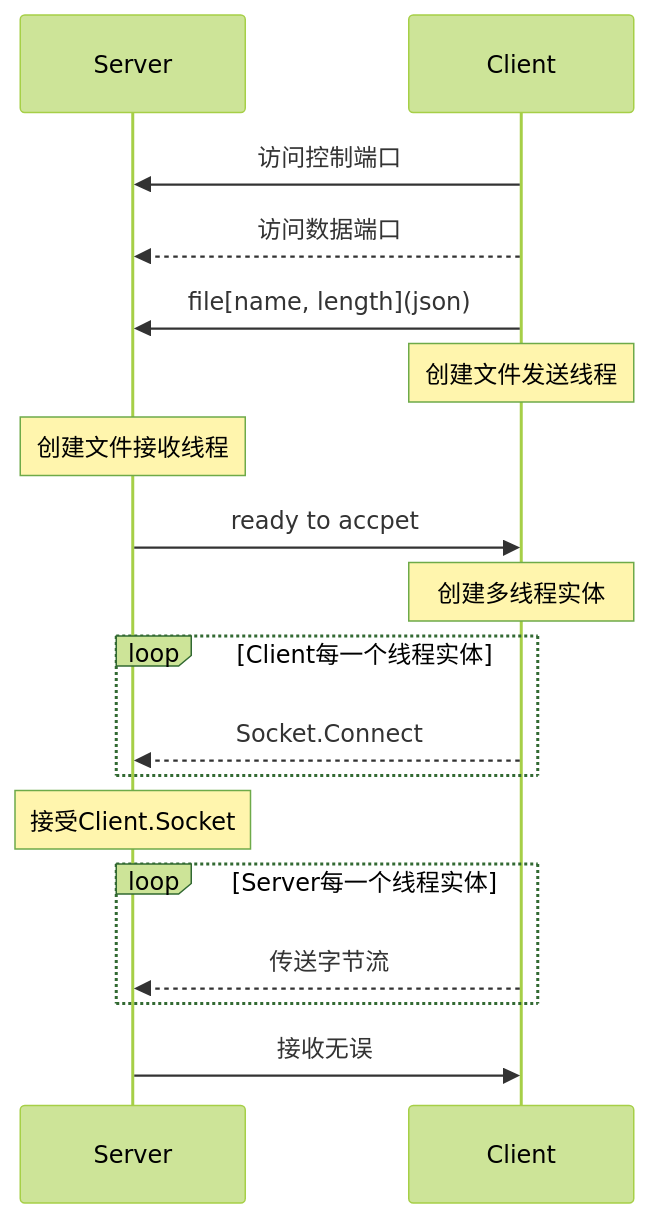
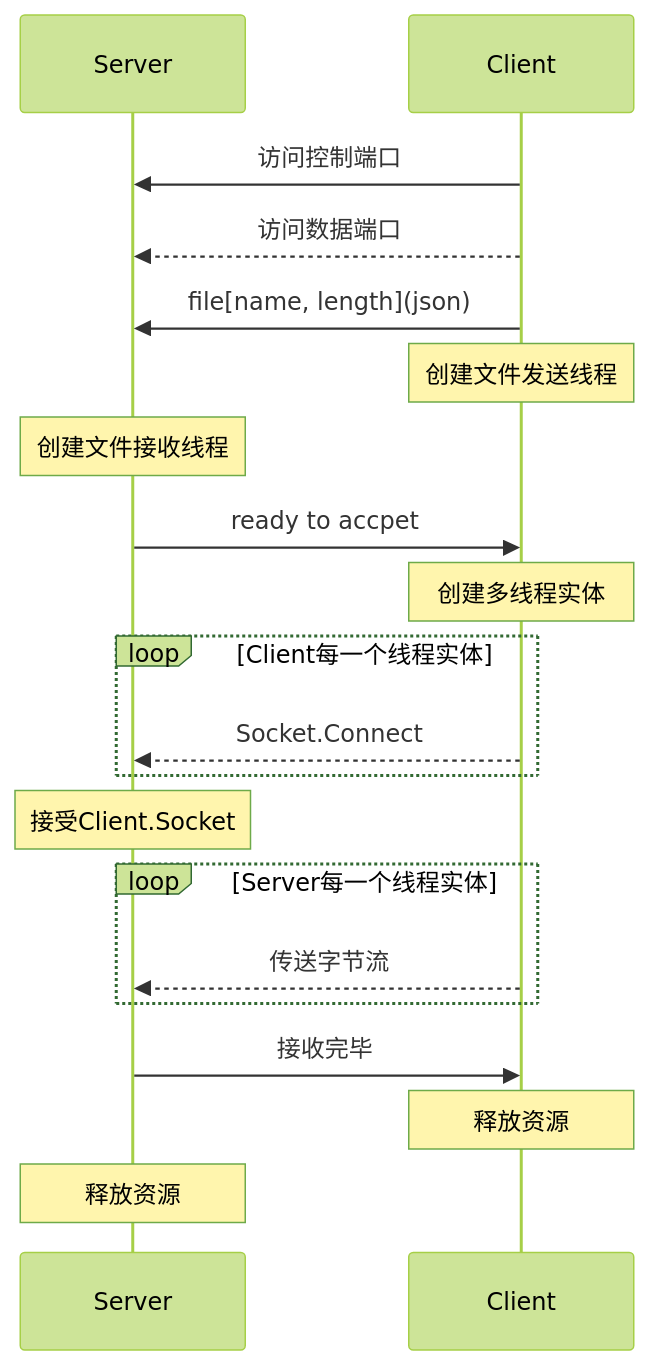
One commit to Hughsean/MultiThread-FileTransferr changed the diagram in README.MD. Above: the diagram before and after it, drawn with Mermaid (forest theme). The commit also changed 1 other file, not shown here.

Commit message:
暂存

````diff
--- a/README.MD
+++ b/README.MD
@@ -3,21 +3,23 @@
 ```mermaid
 sequenceDiagram
 participant s as Server
 participant c as Client
 c->>s:访问控制端口
 c-->>s:访问数据端口
 
 c->>s:file[name, length](json)
 note over c:创建文件发送线程
 note over s:创建文件接收线程
 s->>c:ready to accpet
 note over c:创建多线程实体
 	loop Client每一个线程实体
 		c-->>s:Socket.Connect
 	end
 note over s:接受Client.Socket
 	loop Server每一个线程实体
 		c-->>s:传送字节流
 	end
-s->>c:接收无误
+s->>c:接收完毕
+note over c:释放资源
+note over s:释放资源
 ```
````
